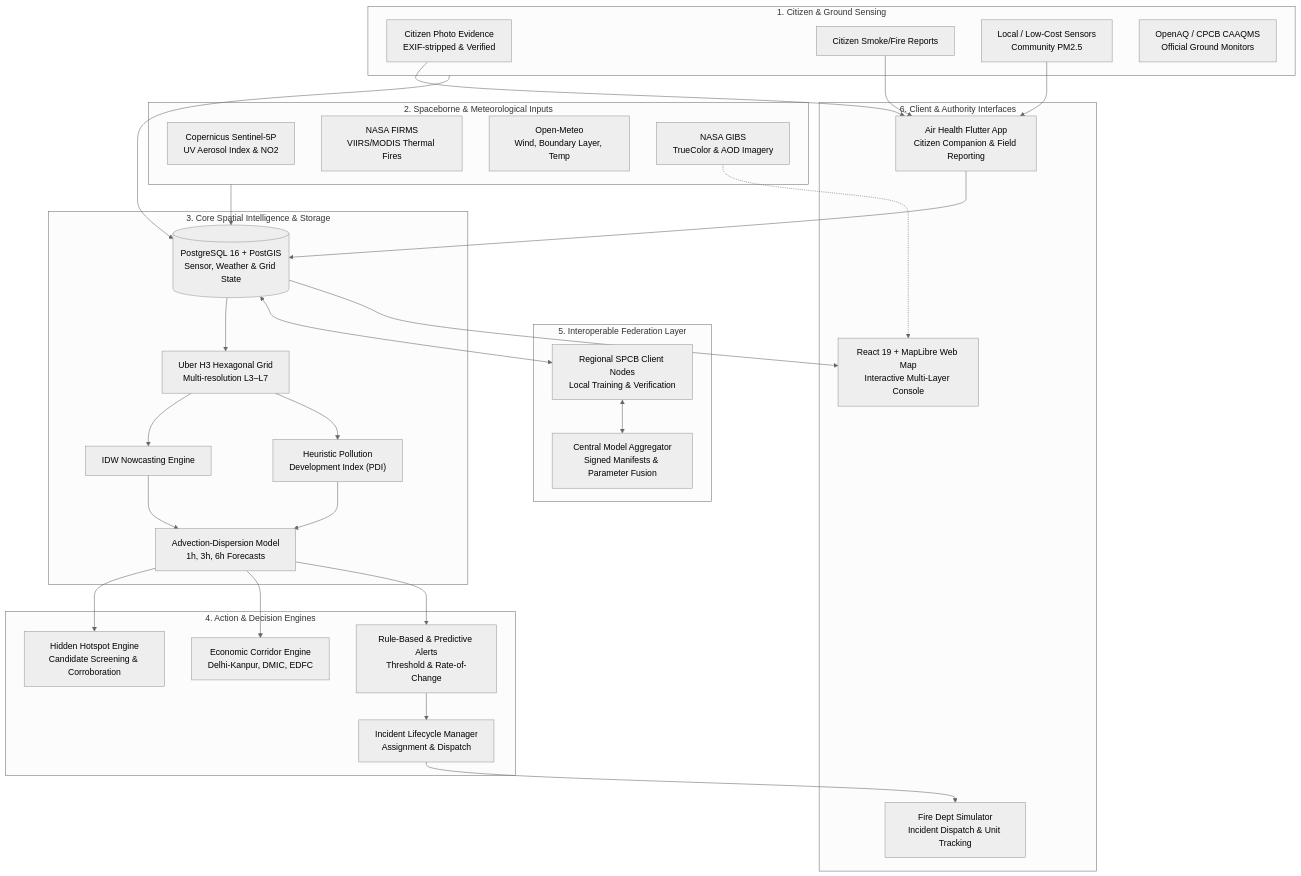
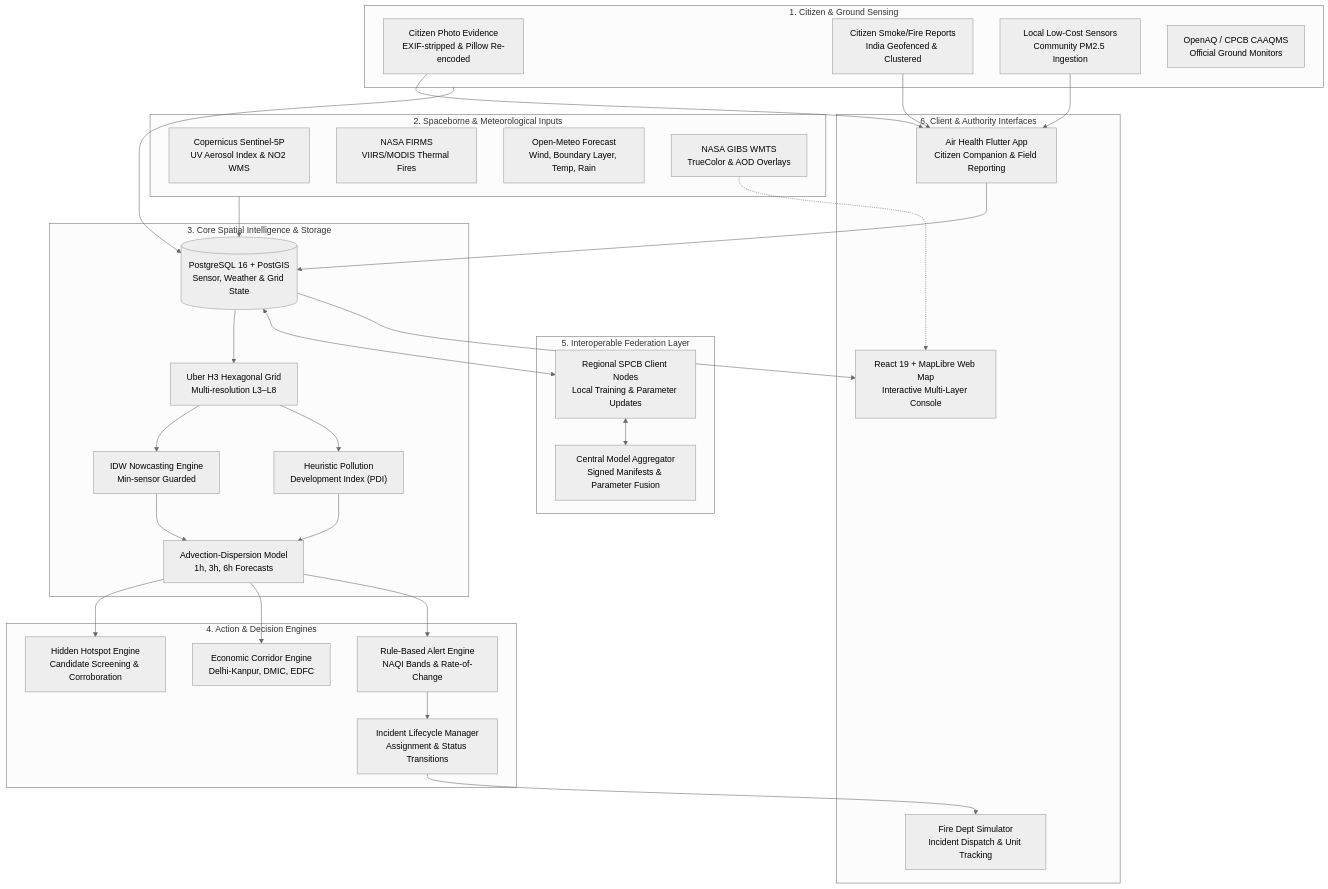
The diagram in README.md (Hima-11-works/gdg-c4c), drawn with Mermaid (neutral theme) before and after one commit. The commit also changed other lines of this file, not shown here.

Commit message:
docs: update README with refined architecture diagrams, API links, and tech stack badges

````diff
--- a/README.md
+++ b/README.md
@@ -58,65 +62,65 @@
 ```mermaid
 flowchart TB
     subgraph SENSORS["1. Citizen & Ground Sensing"]
-        CP["Citizen Photo Evidence<br/>EXIF-stripped & Verified"]
-        CR["Citizen Smoke/Fire Reports"]
-        CS["Local / Low-Cost Sensors<br/>Community PM2.5"]
+        CP["Citizen Photo Evidence<br/>EXIF-stripped & Pillow Re-encoded"]
+        CR["Citizen Smoke/Fire Reports<br/>India Geofenced & Clustered"]
+        CS["Local Low-Cost Sensors<br/>Community PM2.5 Ingestion"]
         AQ["OpenAQ / CPCB CAAQMS<br/>Official Ground Monitors"]
     end
 
     subgraph SPACE["2. Spaceborne & Meteorological Inputs"]
-        S5P["Copernicus Sentinel-5P<br/>UV Aerosol Index & NO2"]
+        S5P["Copernicus Sentinel-5P<br/>UV Aerosol Index & NO2 WMS"]
         FIRMS["NASA FIRMS<br/>VIIRS/MODIS Thermal Fires"]
-        METEO["Open-Meteo<br/>Wind, Boundary Layer, Temp"]
-        GIBS["NASA GIBS<br/>TrueColor & AOD Imagery"]
+        METEO["Open-Meteo Forecast<br/>Wind, Boundary Layer, Temp, Rain"]
+        GIBS["NASA GIBS WMTS<br/>TrueColor & AOD Overlays"]
     end
 
     subgraph CORE["3. Core Spatial Intelligence & Storage"]
         DB[("PostgreSQL 16 + PostGIS<br/>Sensor, Weather & Grid State")]
-        H3["Uber H3 Hexagonal Grid<br/>Multi-resolution L3–L7"]
-        IDW["IDW Nowcasting Engine"]
+        H3["Uber H3 Hexagonal Grid<br/>Multi-resolution L3–L8"]
+        IDW["IDW Nowcasting Engine<br/>Min-sensor Guarded"]
         PDI["Heuristic Pollution<br/>Development Index (PDI)"]
         DISP["Advection-Dispersion Model<br/>1h, 3h, 6h Forecasts"]
     end
 
     subgraph ENGINES["4. Action & Decision Engines"]
         HOT["Hidden Hotspot Engine<br/>Candidate Screening & Corroboration"]
         CORR["Economic Corridor Engine<br/>Delhi-Kanpur, DMIC, EDFC"]
-        ALERTS["Rule-Based & Predictive Alerts<br/>Threshold & Rate-of-Change"]
-        INC["Incident Lifecycle Manager<br/>Assignment & Dispatch"]
+        ALERTS["Rule-Based Alert Engine<br/>NAQI Bands & Rate-of-Change"]
+        INC["Incident Lifecycle Manager<br/>Assignment & Status Transitions"]
     end
 
     subgraph FED["5. Interoperable Federation Layer"]
-        FED_CLI["Regional SPCB Client Nodes<br/>Local Training & Verification"]
+        FED_CLI["Regional SPCB Client Nodes<br/>Local Training & Parameter Updates"]
         FED_AGG["Central Model Aggregator<br/>Signed Manifests & Parameter Fusion"]
     end
 
     subgraph APPS["6. Client & Authority Interfaces"]
         WEB["React 19 + MapLibre Web Map<br/>Interactive Multi-Layer Console"]
         CIT_APP["Air Health Flutter App<br/>Citizen Companion & Field Reporting"]
         AUTH_APP["Fire Dept Simulator<br/>Incident Dispatch & Unit Tracking"]
     end
 
     SENSORS --> DB
     SPACE --> DB
     DB --> H3
     H3 --> IDW
     H3 --> PDI
     IDW --> DISP
     PDI --> DISP
     DISP --> HOT
     DISP --> CORR
     DISP --> ALERTS
     ALERTS --> INC
     
     DB <--> FED_CLI
     FED_CLI <--> FED_AGG
     
     DB --> WEB
     INC --> AUTH_APP
     CR --> CIT_APP
     CP --> CIT_APP
     CS --> CIT_APP
     CIT_APP --> DB
     GIBS -.-> WEB
 ```
````
